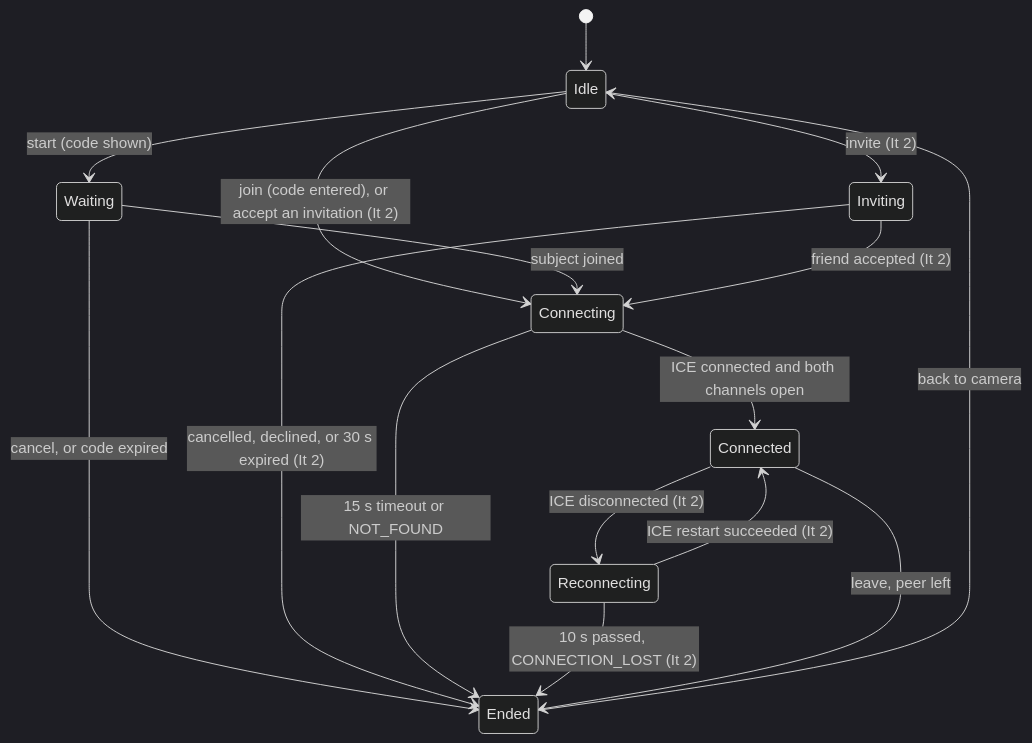
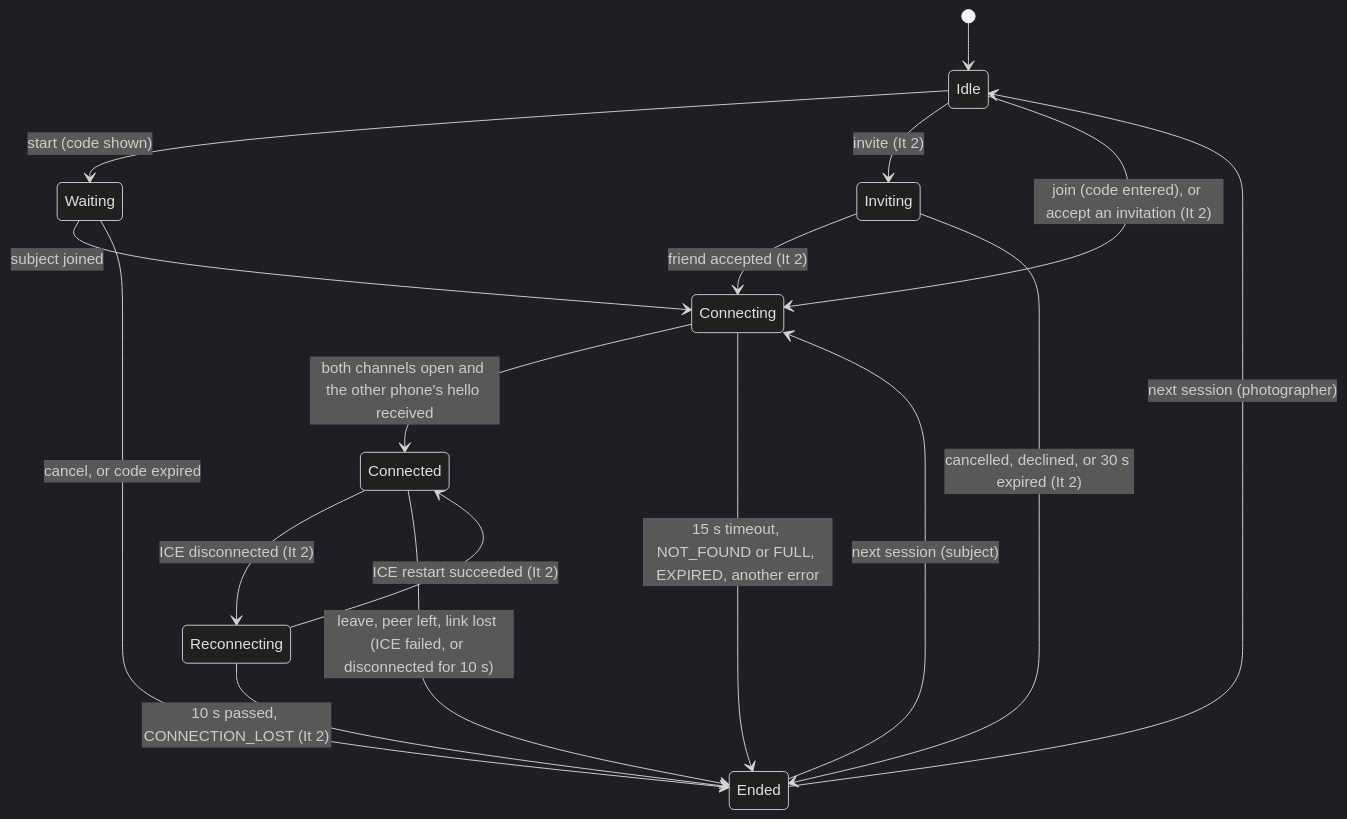
Before and after one commit to snuhcs-course/swpp-2026-project-team-10: the tenth of 12 diagrams in wiki/Design-Documentation.md, drawn with Mermaid (dark theme). The commit also changed other lines of this file and 10 other files, not shown here.

````diff
--- a/wiki/Design-Documentation.md
+++ b/wiki/Design-Documentation.md
@@ -901,18 +948,19 @@
 ```mermaid
 stateDiagram-v2
   [*] --> Idle
   Idle --> Waiting: start (code shown)
   Idle --> Inviting: invite (It 2)
   Idle --> Connecting: join (code entered), or accept an invitation (It 2)
   Waiting --> Connecting: subject joined
   Waiting --> Ended: cancel, or code expired
   Inviting --> Connecting: friend accepted (It 2)
   Inviting --> Ended: cancelled, declined, or 30 s expired (It 2)
-  Connecting --> Connected: ICE connected and both channels open
-  Connecting --> Ended: 15 s timeout or NOT_FOUND
+  Connecting --> Connected: both channels open and the other phone's hello received
+  Connecting --> Ended: 15 s timeout, NOT_FOUND or FULL, EXPIRED, another error
   Connected --> Reconnecting: ICE disconnected (It 2)
   Reconnecting --> Connected: ICE restart succeeded (It 2)
   Reconnecting --> Ended: 10 s passed, CONNECTION_LOST (It 2)
-  Connected --> Ended: leave, peer left
-  Ended --> Idle: back to camera
+  Connected --> Ended: leave, peer left, link lost (ICE failed, or disconnected for 10 s)
+  Ended --> Idle: next session (photographer)
+  Ended --> Connecting: next session (subject)
 ```
````
